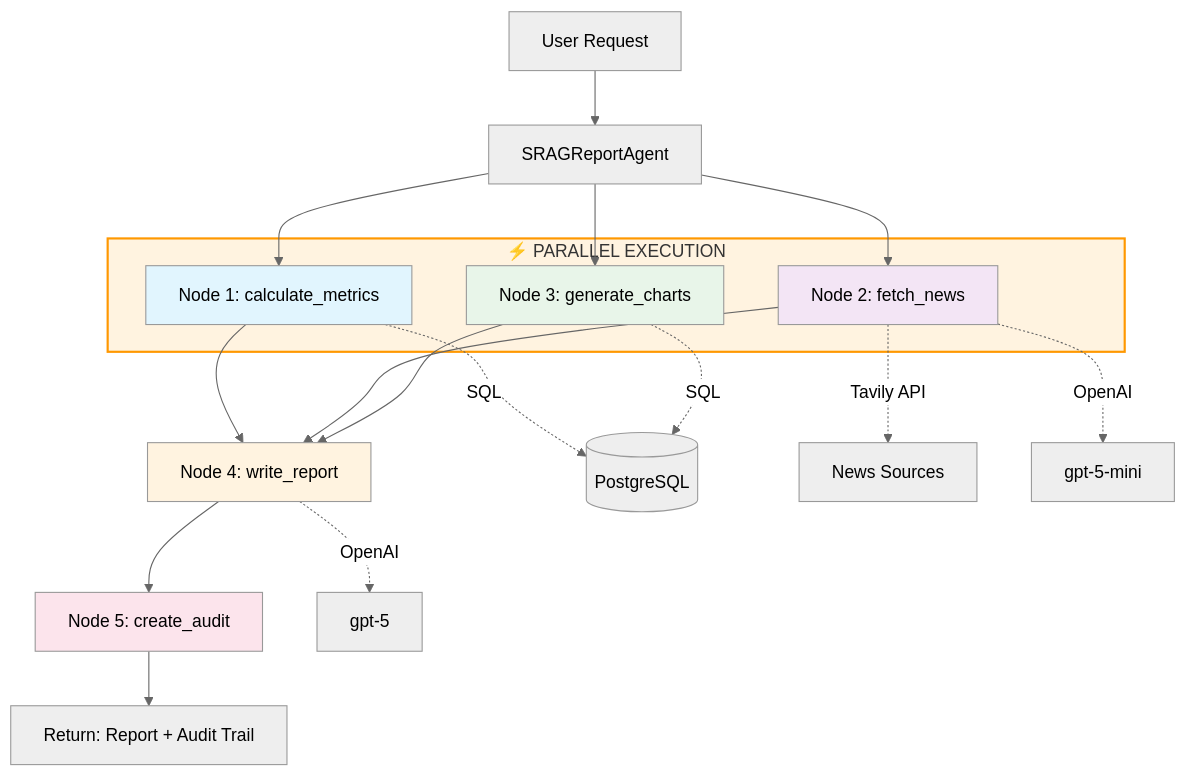
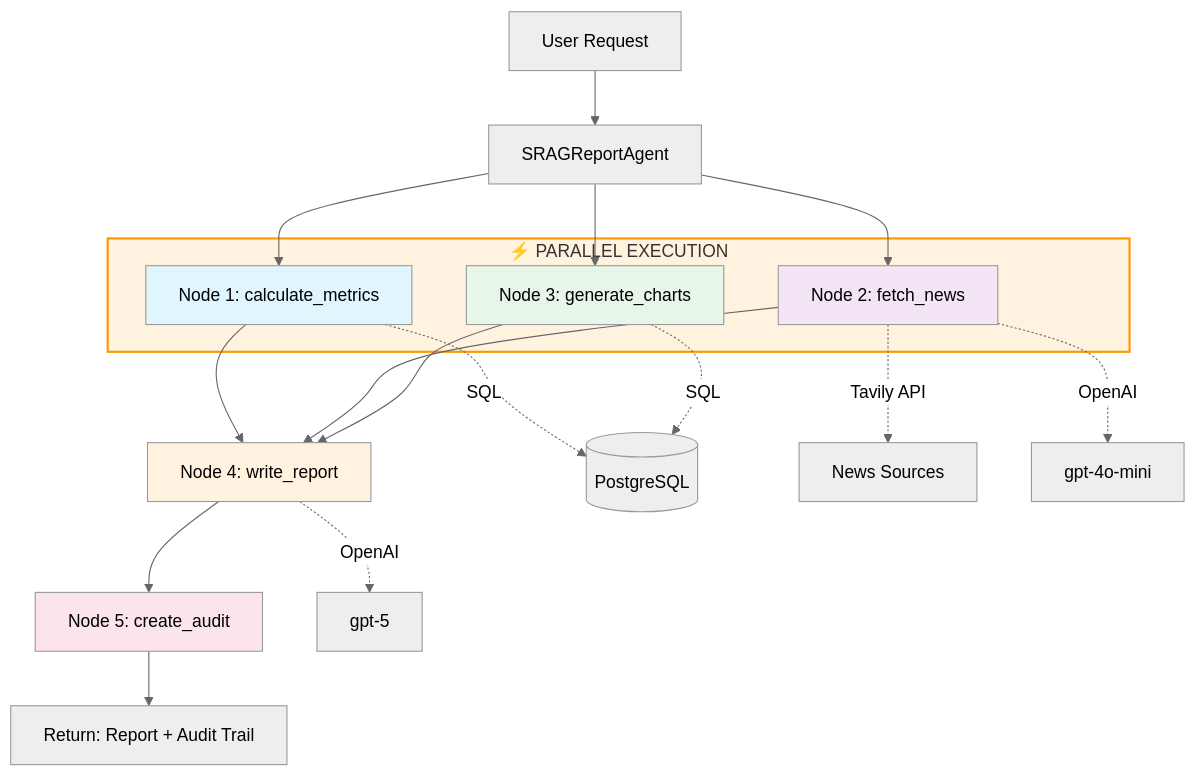
Before and after one commit to guinacio/srag-analytics: the diagram in README.md, drawn with Mermaid (neutral theme). The commit also changed other lines of this file and 3 other files, not shown here.

First line of the commit message:
Update README.md and architecture diagram to reflect model changes and new chat agent functionality:

````diff
--- a/README.md
+++ b/README.md
@@ -59,31 +59,31 @@
 ```mermaid
 graph TD
     A[User Request] --> B[SRAGReportAgent];
     B --> C[Node 1: calculate_metrics];
     B --> D[Node 2: fetch_news];
     B --> E[Node 3: generate_charts];
     C --> F[Node 4: write_report];
     D --> F;
     E --> F;
     F --> G[Node 5: create_audit];
     G --> H[Return: Report + Audit Trail];
 
     C -.SQL.-> DB[(PostgreSQL)];
     D -.Tavily API.-> News[News Sources];
-    D -.OpenAI.-> LLM1[gpt-5-mini];
+    D -.OpenAI.-> LLM1[gpt-4o-mini];
     E -.SQL.-> DB;
     F -.OpenAI.-> LLM2[gpt-5];
 
     subgraph parallel [" ⚡ PARALLEL EXECUTION"]
         C
         D
         E
     end
 
     style C fill:#e1f5fe
     style D fill:#f3e5f5
     style E fill:#e8f5e9
     style F fill:#fff3e0
     style G fill:#fce4ec
     style parallel fill:#fff3e0,stroke:#ff9800,stroke-width:2px
 ```
````
